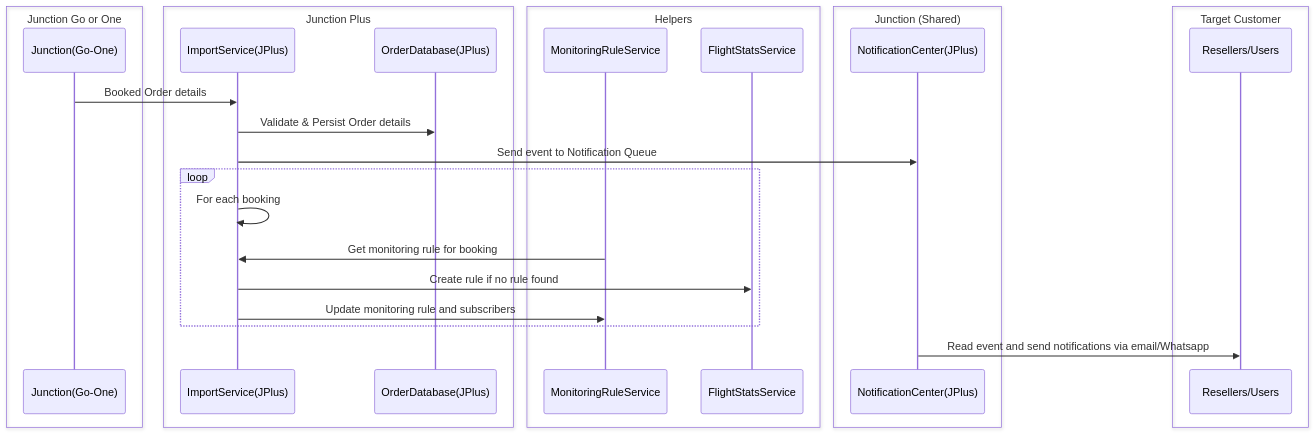
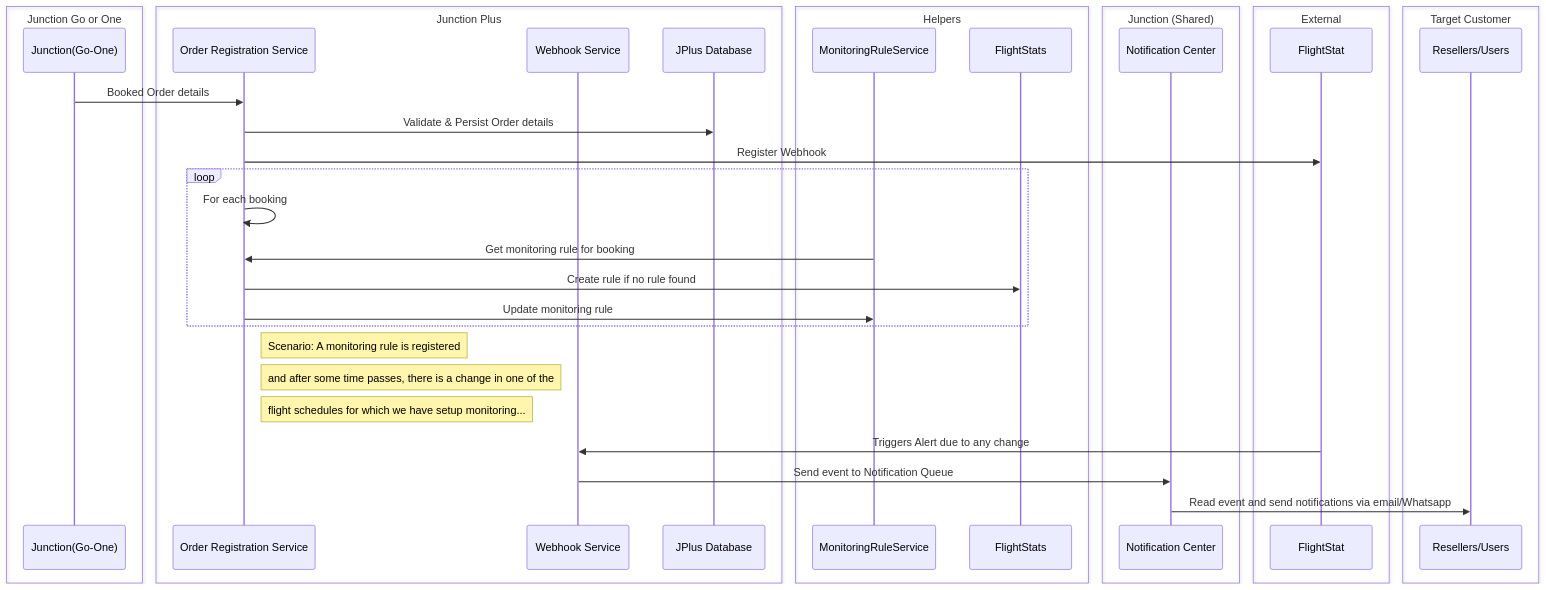
One commit to marimargaryan86/performancetesting changed the third of 6 diagrams in docs/engineering/docs/projects/junction/plus.md. Above: the diagram before and after it, drawn with Mermaid. The commit also changed other lines of this file, not shown here.

First line of the commit message:
docs: add whatsapp and chatbot dtls

````diff
--- a/docs/engineering/docs/projects/junction/plus.md
+++ b/docs/engineering/docs/projects/junction/plus.md
@@ -116,40 +119,54 @@
 ```mermaid
 sequenceDiagram
 
-    box  Junction Go or One
-        participant J as Junction(Go-One)    
-    end
+    box  Junction Go or One
+        participant J as Junction(Go-One)
+    end
 
-    box  Junction Plus
-        participant I as ImportService(JPlus)
-        participant O as OrderDatabase(JPlus)    
-    end
+    box  Junction Plus
+        participant ORS as Order Registration Service
+        participant WHS as Webhook Service
+        participant O as JPlus Database
+    end
 
-    box  Helpers
-    participant MRS as MonitoringRuleService
-    participant FSS as FlightStatsService
-    end
+    box  Helpers
+    participant MRS as MonitoringRuleService
+    participant FSS as FlightStats
+    end
 
 
 
-    box Junction (Shared)
-        participant NC as NotificationCenter(JPlus)
-    end
+    box Junction (Shared)
+        participant NC as Notification Center
+    end
 
-    box  Target Customer
-        participant T as Resellers/Users
-    end
-   
-    J->>I: Booked Order details
-    I->>O: Validate & Persist Order details
-    I->>NC: Send event to Notification Queue
+    box External
+        participant FSEX as FlightStat
+    end
 
-    loop
-    I->>I: For each booking
-    MRS->>I: Get monitoring rule for booking
-    I->>FSS: Create rule if no rule found
-    I->> MRS: Update monitoring rule and subscribers
+    box  Target Customer
+        participant T as Resellers/Users
     end
-    NC->>T: Read event and send notifications via email/Whatsapp
+
+    J->>ORS: Booked Order details
+    ORS->>O: Validate & Persist Order details
+    ORS->>FSEX: Register Webhook
+
+    loop
+    ORS->>ORS: For each booking
+    MRS->>ORS: Get monitoring rule for booking
+    ORS->>FSS: Create rule if no rule found
+    ORS->> MRS: Update monitoring rule
+    end
+
+    Note right of ORS: Scenario: A monitoring rule is registered
+    Note right of ORS: and after some time passes, there is a change in one of the
+    Note right of ORS: flight schedules for which we have setup monitoring...
+
+
+
+    FSEX->>WHS: Triggers Alert due to any change
+    WHS->>NC: Send event to Notification Queue
+    NC->>T: Read event and send notifications via email/Whatsapp
 
 ```
````
